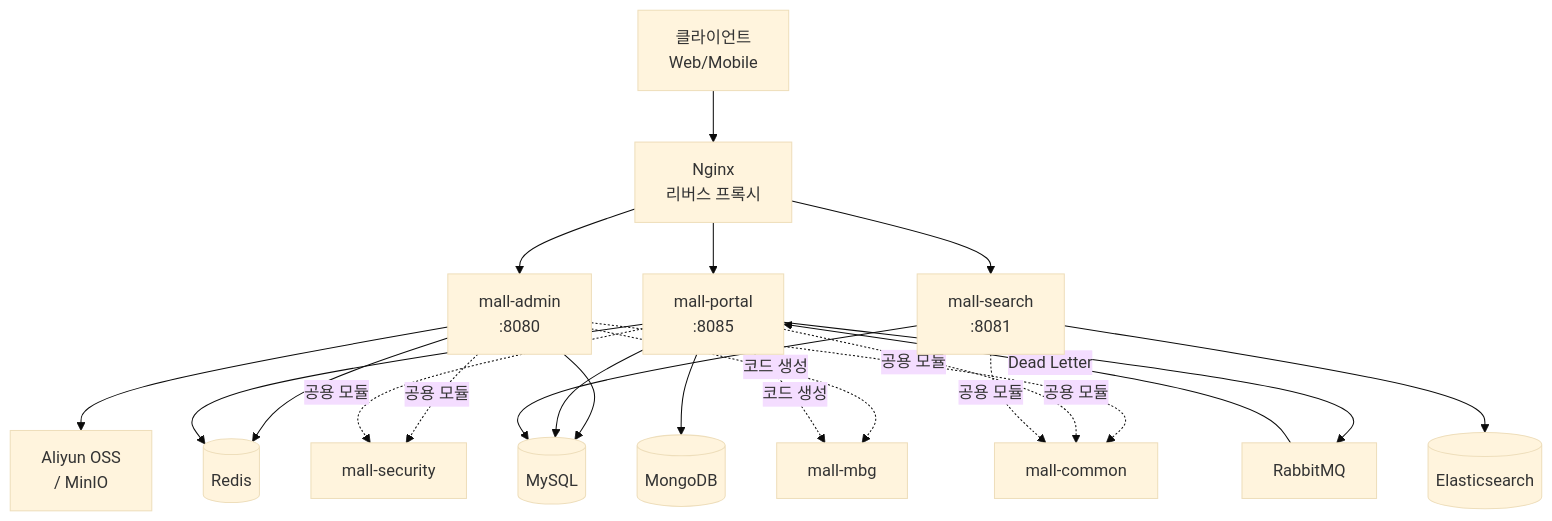
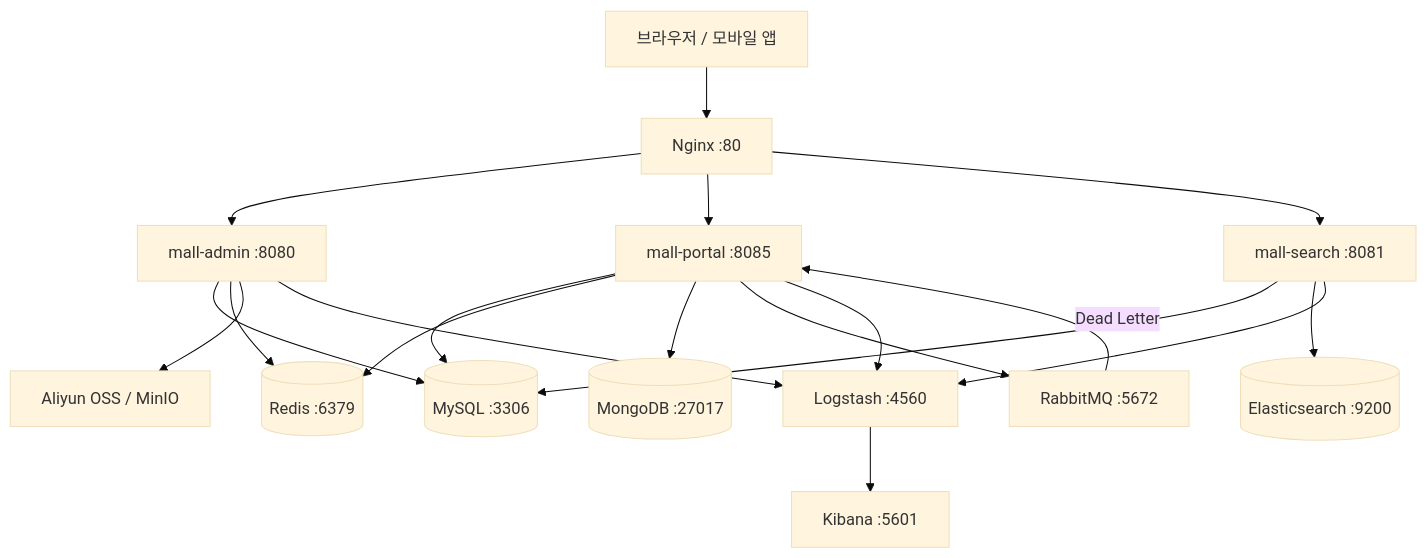
Before and after one commit to HojinJava/wyhil: the second of 4 diagrams in mall/codebase.md, drawn with Mermaid (base theme). The commit also changed other lines of this file, not shown here.

First line of the commit message:
docs: add codebase.md for mall project [#19]

````diff
--- a/mall/codebase.md
+++ b/mall/codebase.md
@@ -127,28 +148,23 @@
 ```mermaid
 graph TD
-    Client[클라이언트<br/>Web/Mobile] --> Nginx[Nginx<br/>리버스 프록시]
-    Nginx --> Admin[mall-admin<br/>:8080]
-    Nginx --> Portal[mall-portal<br/>:8085]
-    Nginx --> Search[mall-search<br/>:8081]
+    Client[브라우저 / 모바일 앱] --> Nginx[Nginx :80]
+    Nginx --> Admin[mall-admin :8080]
+    Nginx --> Portal[mall-portal :8085]
+    Nginx --> Search[mall-search :8081]
 
-    Admin --> MySQL[(MySQL)]
-    Admin --> Redis[(Redis)]
-    Admin --> OSS[Aliyun OSS<br/>/ MinIO]
+    Admin --> MySQL[(MySQL :3306)]
+    Admin --> Redis[(Redis :6379)]
+    Admin --> Storage[Aliyun OSS / MinIO]
 
     Portal --> MySQL
     Portal --> Redis
-    Portal --> MongoDB[(MongoDB)]
-    Portal --> RabbitMQ[RabbitMQ]
-    RabbitMQ -->|Dead Letter| Portal
+    Portal --> MongoDB[(MongoDB :27017)]
+    Portal --> MQ[RabbitMQ :5672]
+    MQ -->|Dead Letter| Portal
 
     Search --> MySQL
-    Search --> ES[(Elasticsearch)]
+    Search --> ES[(Elasticsearch :9200)]
 
-    Admin -.->|공용 모듈| Security[mall-security]
-    Portal -.->|공용 모듈| Security
-    Admin -.->|공용 모듈| Common[mall-common]
-    Portal -.->|공용 모듈| Common
-    Search -.->|공용 모듈| Common
-    Admin -.->|코드 생성| MBG[mall-mbg]
-    Portal -.->|코드 생성| MBG
+    Admin & Portal & Search --> Logstash[Logstash :4560]
+    Logstash --> Kibana[Kibana :5601]
 ```
````
